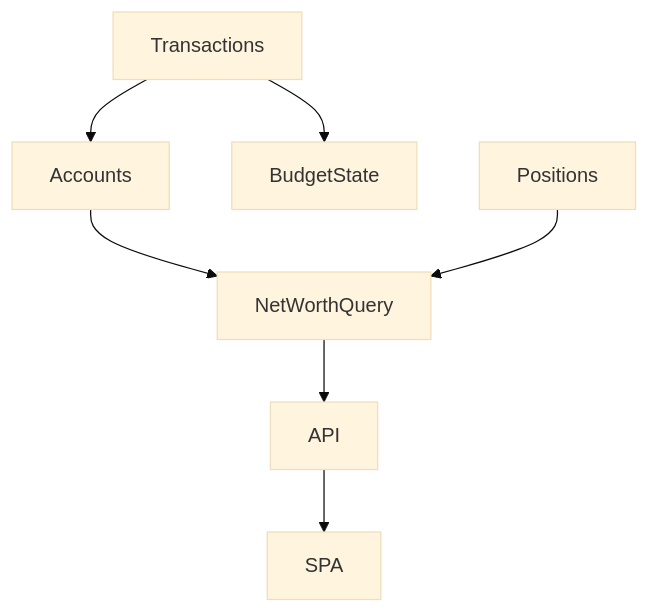
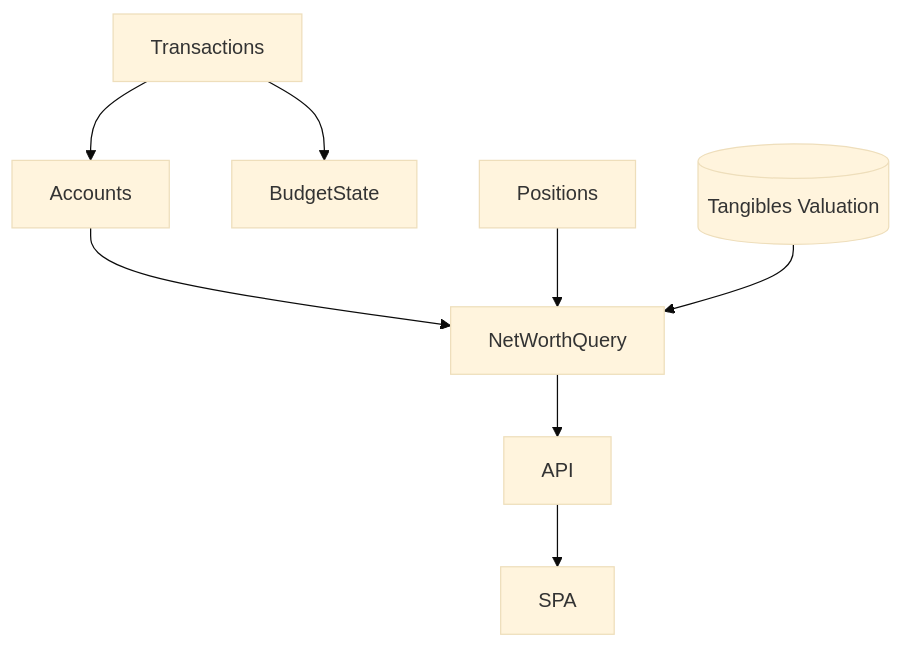
One commit to blogle/dojo changed the diagram in docs/architecture/net_worth.md. Above: the diagram before and after it, drawn with Mermaid (base theme). The commit also changed other lines of this file and 4 other files, not shown here.

````diff
--- a/docs/architecture/net_worth.md
+++ b/docs/architecture/net_worth.md
@@ -18,9 +30,10 @@
 ```mermaid
 flowchart TD
     Transactions --> Accounts
     Transactions --> BudgetState
     Accounts --> NetWorthQuery
     Positions --> NetWorthQuery
+    Tangibles[(Tangibles Valuation)] --> NetWorthQuery
     NetWorthQuery --> API
     API --> SPA
 ```
````
